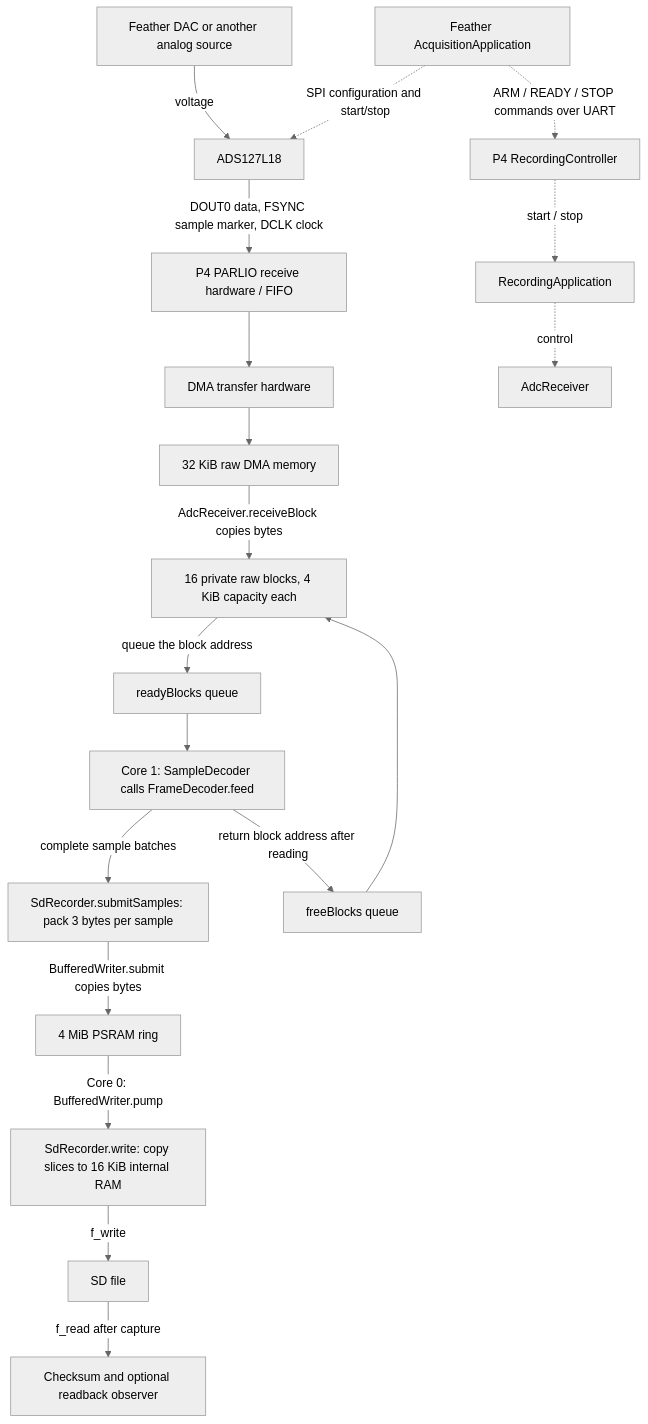
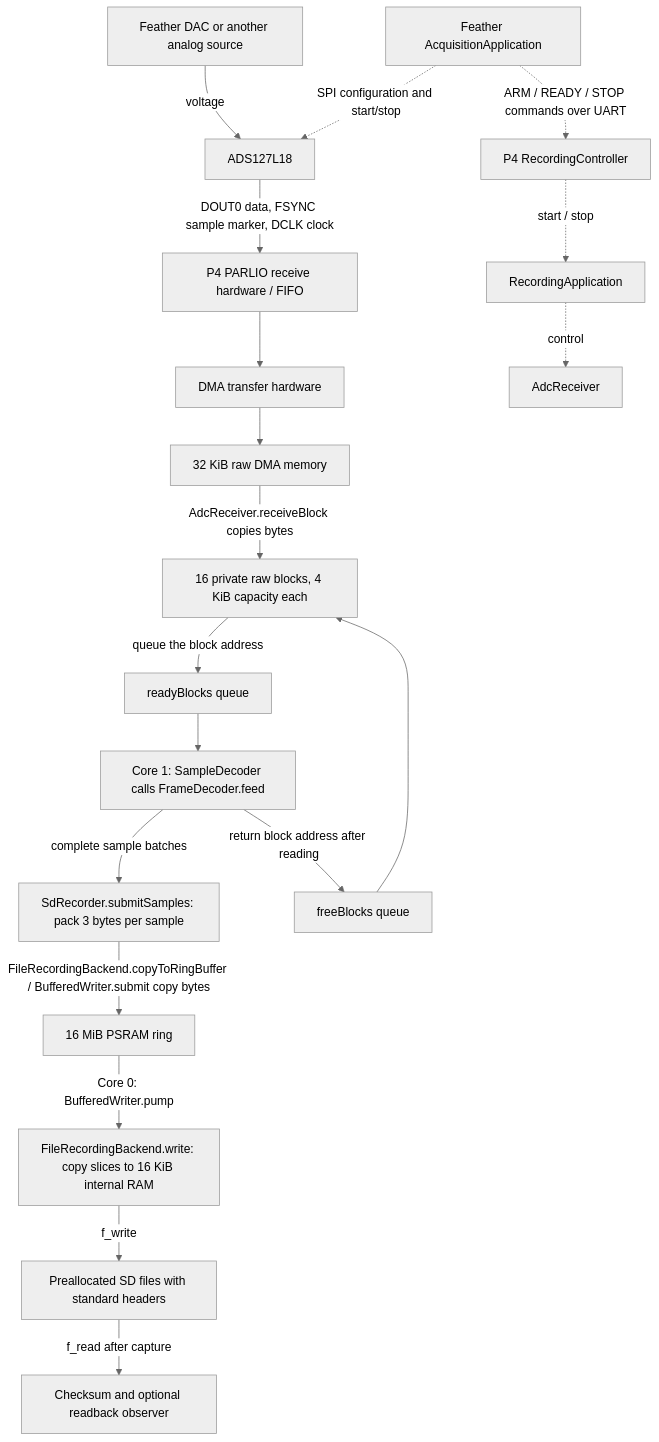
One commit to karlst/esp32Digitizer changed the diagram in docs/DATA-FLOW.md. Above: the diagram before and after it, drawn with Mermaid (neutral theme). The commit also changed other lines of this file and 123 other files, not shown here.

````diff
--- a/docs/DATA-FLOW.md
+++ b/docs/DATA-FLOW.md
@@ -8,21 +8,21 @@
 ```mermaid
 flowchart TD
     DAC[Feather DAC or another analog source] -->|voltage| ADC[ADS127L18]
     Feather[Feather AcquisitionApplication] -. SPI configuration and start/stop .-> ADC
     Feather -. ARM / READY / STOP commands over UART .-> Controller[P4 RecordingController]
     Controller -. start / stop .-> App[RecordingApplication]
     App -. control .-> Receiver[AdcReceiver]
     ADC -->|DOUT0 data, FSYNC sample marker, DCLK clock| PARLIO[P4 PARLIO receive hardware / FIFO]
     PARLIO --> DMA[DMA transfer hardware]
     DMA --> Raw[32 KiB raw DMA memory]
     Raw -->|AdcReceiver.receiveBlock copies bytes| Private[16 private raw blocks, 4 KiB capacity each]
     Private -->|queue the block address| Ready[readyBlocks queue]
     Ready --> Decode[Core 1: SampleDecoder calls FrameDecoder.feed]
     Decode -->|complete sample batches| Pack[SdRecorder.submitSamples: pack 3 bytes per sample]
-    Pack -->|BufferedWriter.submit copies bytes| Ring[4 MiB PSRAM ring]
-    Ring -->|Core 0: BufferedWriter.pump| Scratch[SdRecorder.write: copy slices to 16 KiB internal RAM]
-    Scratch -->|f_write| SD[SD file]
+    Pack -->|FileRecordingBackend.copyToRingBuffer / BufferedWriter.submit copy bytes| Ring[16 MiB PSRAM ring]
+    Ring -->|Core 0: BufferedWriter.pump| Scratch[FileRecordingBackend.write: copy slices to 16 KiB internal RAM]
+    Scratch -->|f_write| SD[Preallocated SD files with standard headers]
     Decode -->|return block address after reading| Free[freeBlocks queue]
     Free --> Private
     SD -->|f_read after capture| Verify[Checksum and optional readback observer]
 ```
````
